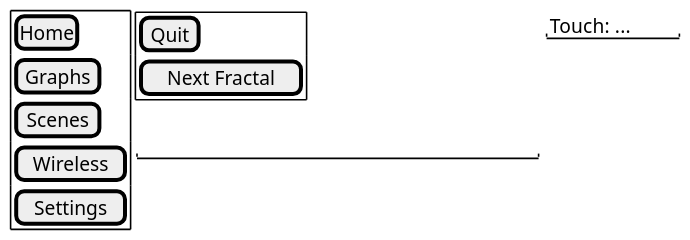
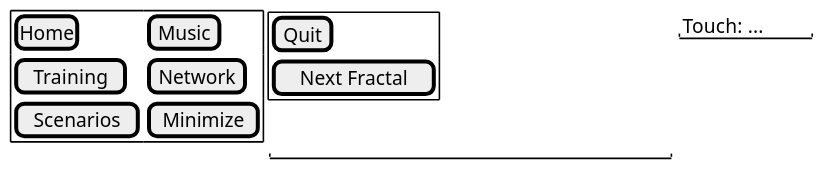
One commit to aortez/dirtsim changed the first of 2 diagrams in apps/src/ui/docs/src/screens/start-menu-home.md. Above: the diagram before and after it, drawn with PlantUML. The commit also changed other lines of this file and 64 other files, not shown here.

````diff
--- a/apps/src/ui/docs/src/screens/start-menu-home.md
+++ b/apps/src/ui/docs/src/screens/start-menu-home.md
@@ -3,21 +3,19 @@
 ```plantuml
 @startsalt
 scale 1.6
 {
   {+
-    [Home]
-    [Graphs]
-    [Scenes]
-    [Wireless]
-    [Settings]
+    [Home] | [Music]
+    [Training] | [Network]
+    [Scenarios] | [Minimize]
   } | {
     {+
       [Quit]
       [Next Fractal]
     } | "Touch: ..."
     .
     "                               "
   }
 }
 @endsalt
 ```
````
